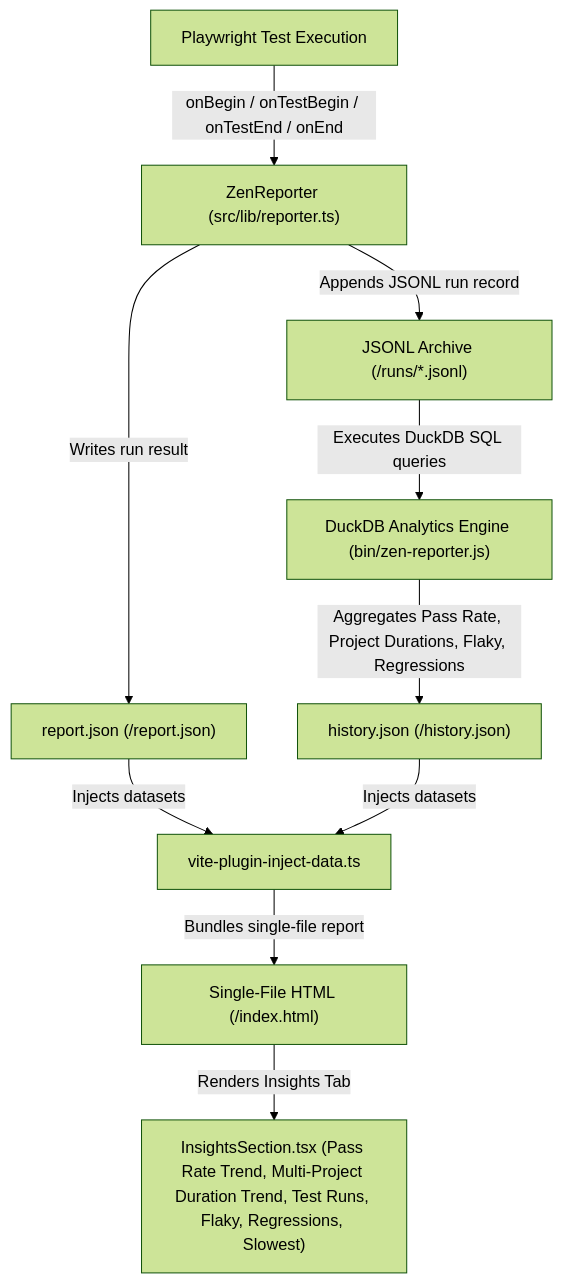
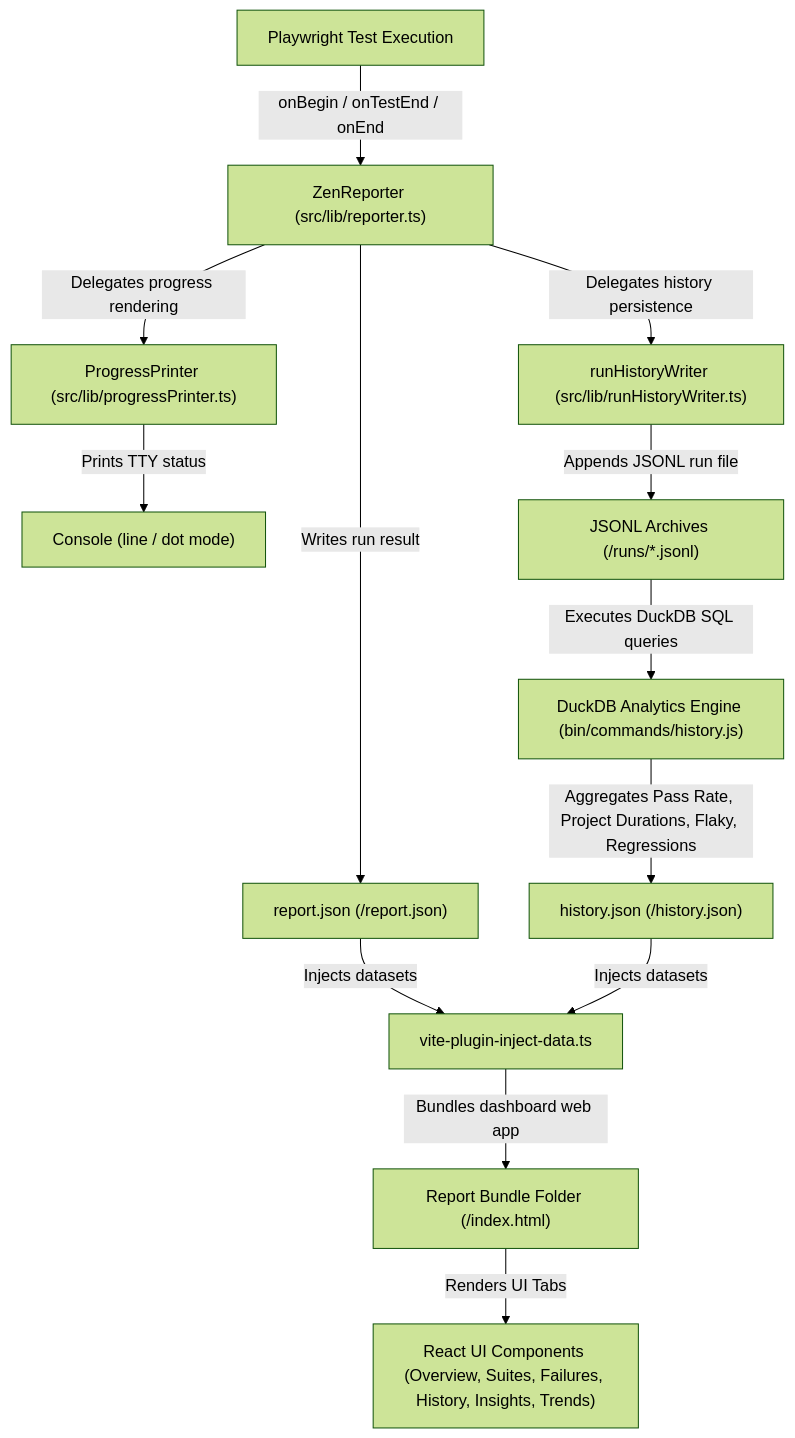
One commit to apatelia/zen-reporter changed the diagram in docs/architecture.md. Above: the diagram before and after it, drawn with Mermaid (forest theme). The commit also changed other lines of this file and 97 other files, not shown here.

````diff
--- a/docs/architecture.md
+++ b/docs/architecture.md
@@ -106,11 +132,14 @@
 ```mermaid
 flowchart TD
-    A["Playwright Test Execution"] -->|onBegin / onTestBegin / onTestEnd / onEnd| B["ZenReporter (src/lib/reporter.ts)"]
+    A["Playwright Test Execution"] -->|onBegin / onTestEnd / onEnd| B["ZenReporter (src/lib/reporter.ts)"]
+    B -->|Delegates progress rendering| B1["ProgressPrinter (src/lib/progressPrinter.ts)"]
+    B1 -->|Prints TTY status| B2["Console (line / dot mode)"]
     B -->|Writes run result| C["report.json (<outputDir>/report.json)"]
-    B -->|Appends JSONL run record| D["JSONL Archive (<outputDir>/runs/*.jsonl)"]
-    D -->|Executes DuckDB SQL queries| E["DuckDB Analytics Engine (bin/zen-reporter.js)"]
+    B -->|Delegates history persistence| D1["runHistoryWriter (src/lib/runHistoryWriter.ts)"]
+    D1 -->|Appends JSONL run file| D["JSONL Archives (<outputDir>/runs/*.jsonl)"]
+    D -->|Executes DuckDB SQL queries| E["DuckDB Analytics Engine (bin/commands/history.js)"]
     E -->|Aggregates Pass Rate, Project Durations, Flaky, Regressions| F["history.json (<outputDir>/history.json)"]
     C & F -->|Injects datasets| G["vite-plugin-inject-data.ts"]
-    G -->|Bundles single-file report| H["Single-File HTML (<outputDir>/index.html)"]
-    H -->|Renders Insights Tab| I["InsightsSection.tsx (Pass Rate Trend, Multi-Project Duration Trend, Test Runs, Flaky, Regressions, Slowest)"]
+    G -->|Bundles dashboard web app| H["Report Bundle Folder (<outputDir>/index.html)"]
+    H -->|Renders UI Tabs| I["React UI Components (Overview, Suites, Failures, History, Insights, Trends)"]
 ```
````
